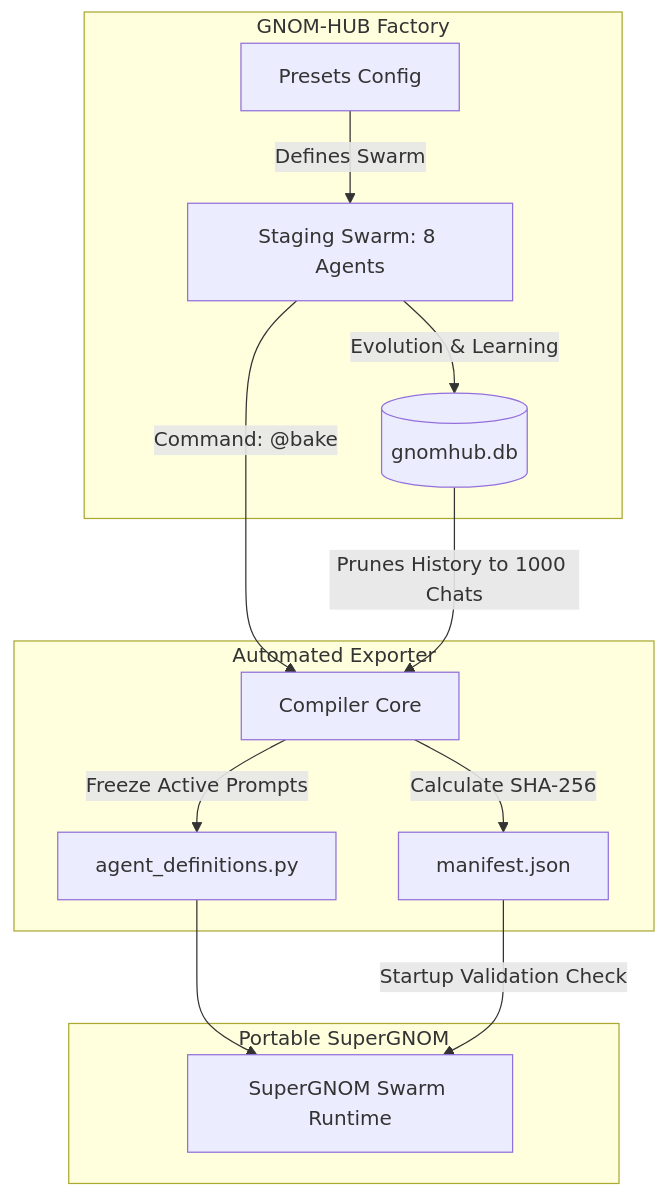
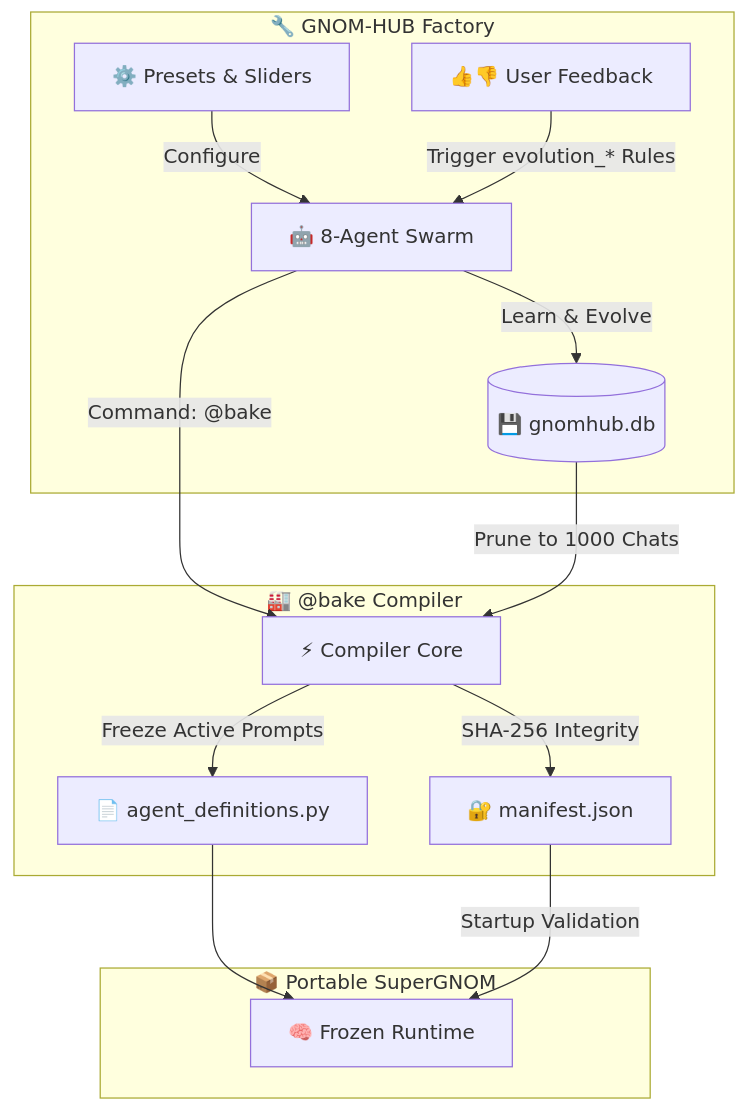
Before and after one commit to landjunge/Gnom-Hub-Clean: the first of 2 diagrams in README.md, drawn with Mermaid. The commit also changed other lines of this file, not shown here.

````diff
--- a/README.md
+++ b/README.md
@@ -42,19 +72,20 @@
 ```mermaid
 graph TD
-    subgraph Forge [GNOM-HUB Factory]
-        P[Presets Config] -->|Defines Swarm| GH[Staging Swarm: 8 Agents]
-        GH -->|Evolution & Learning| DB[(gnomhub.db)]
+    subgraph Forge ["🔧 GNOM-HUB Factory"]
+        P["⚙️ Presets & Sliders"] -->|Configure| GH["🤖 8-Agent Swarm"]
+        GH -->|"Learn & Evolve"| DB[("💾 gnomhub.db")]
+        FB["👍👎 User Feedback"] -->|"Trigger evolution_* Rules"| GH
     end
     
-    subgraph Compiler [Automated Exporter]
-        GH -->|Command: @bake| C[Compiler Core]
-        DB -->|Prunes History to 1000 Chats| C
-        C -->|Freeze Active Prompts| AD[agent_definitions.py]
-        C -->|Calculate SHA-256| M[manifest.json]
+    subgraph Compiler ["🏭 @bake Compiler"]
+        GH -->|"Command: @bake"| C["⚡ Compiler Core"]
+        DB -->|"Prune to 1000 Chats"| C
+        C -->|"Freeze Active Prompts"| AD["📄 agent_definitions.py"]
+        C -->|"SHA-256 Integrity"| M["🔐 manifest.json"]
     end
 
-    subgraph Product [Portable SuperGNOM]
-        AD --> SG[SuperGNOM Swarm Runtime]
-        M -->|Startup Validation Check| SG
+    subgraph Product ["📦 Portable SuperGNOM"]
+        AD --> SG["🧠 Frozen Runtime"]
+        M -->|"Startup Validation"| SG
     end
 ```
````
